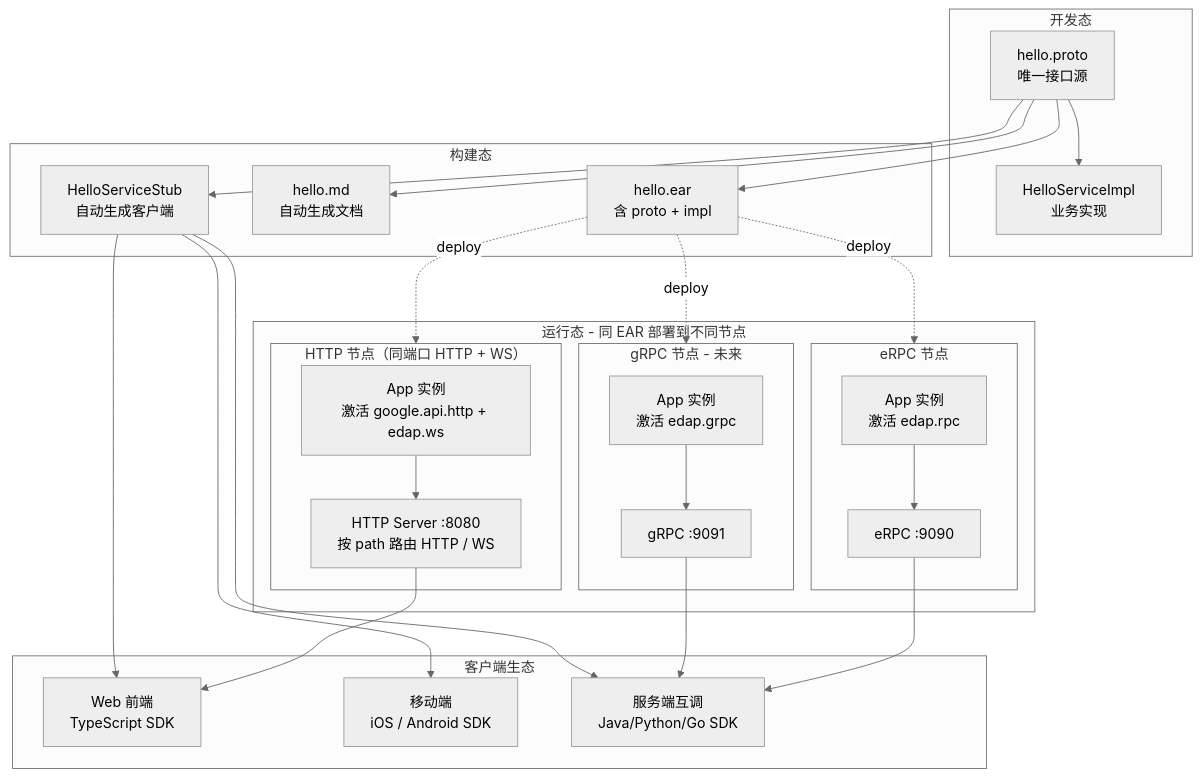
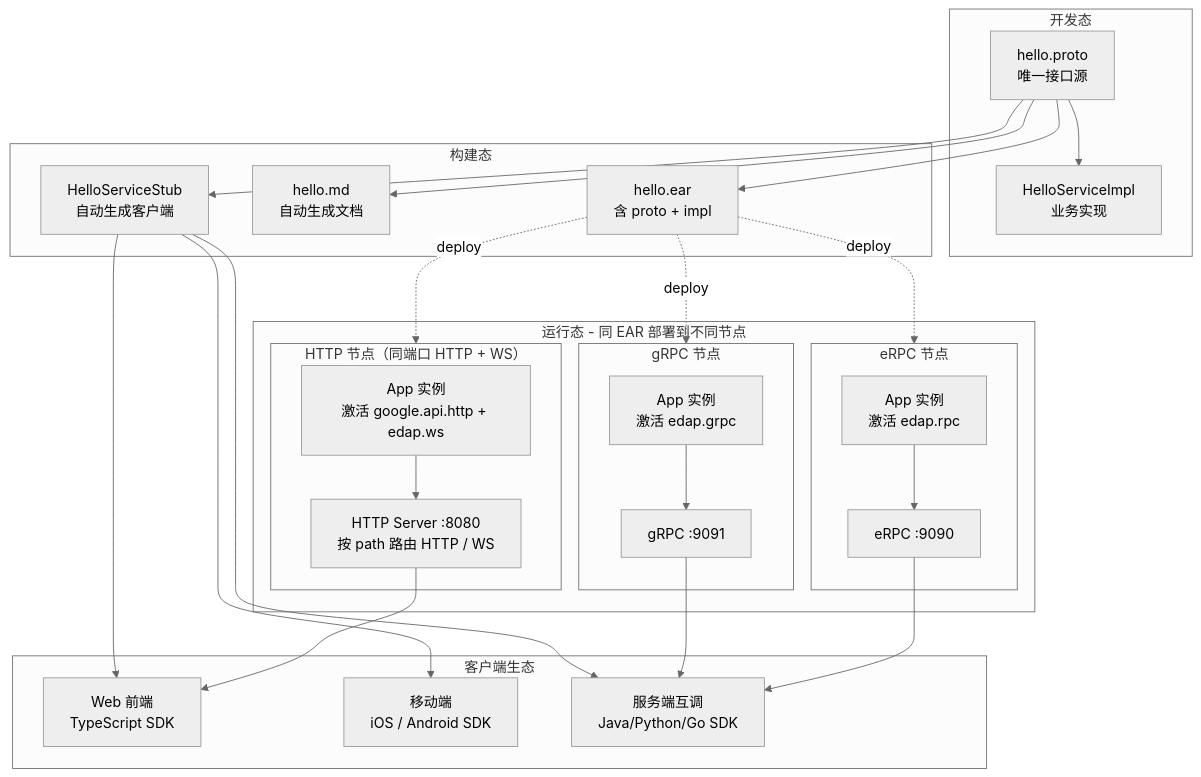
Before and after one commit to edap-io/edap: diagram 42 of 42 in README.md, drawn with Mermaid (neutral theme). The commit also changed other lines of this file and 13 other files, not shown here.

````diff
--- a/README.md
+++ b/README.md
@@ -3282,54 +3282,54 @@
 ```mermaid
 graph TB
     subgraph Dev [开发态]
         Proto[hello.proto<br/>唯一接口源]
         Impl[HelloServiceImpl<br/>业务实现]
     end
 
     subgraph Build [构建态]
         Ear[hello.ear<br/>含 proto + impl]
         Doc[hello.md<br/>自动生成文档]
         Stub[HelloServiceStub<br/>自动生成客户端]
     end
 
     subgraph Runtime [运行态 - 同 EAR 部署到不同节点]
         subgraph HTTPNode [HTTP 节点（同端口 HTTP + WS）]
             App1[App 实例<br/>激活 google.api.http + edap.ws]
             HTTP[HTTP Server :8080<br/>按 path 路由 HTTP / WS]
         end
         subgraph ERPCNode [eRPC 节点]
             App2[App 实例<br/>激活 edap.rpc]
             ERPC[eRPC :9090]
         end
-        subgraph GRPCNode [gRPC 节点 - 未来]
+        subgraph GRPCNode [gRPC 节点]
             App3[App 实例<br/>激活 edap.grpc]
             GRPC[gRPC :9091]
         end
     end
 
     subgraph ClientEcosystem [客户端生态]
         Web[Web 前端<br/>TypeScript SDK]
         Mobile[移动端<br/>iOS / Android SDK]
         Server[服务端互调<br/>Java/Python/Go SDK]
     end
 
     Proto --> Impl
     Proto --> Ear
     Proto --> Doc
     Proto --> Stub
 
     Ear -.deploy.-> HTTPNode
     Ear -.deploy.-> ERPCNode
     Ear -.deploy.-> GRPCNode
 
     App1 --> HTTP
     App2 --> ERPC
     App3 --> GRPC
 
     HTTP --> Web
     ERPC --> Server
     GRPC --> Server
     Stub --> Web
     Stub --> Mobile
     Stub --> Server
 ```
````
